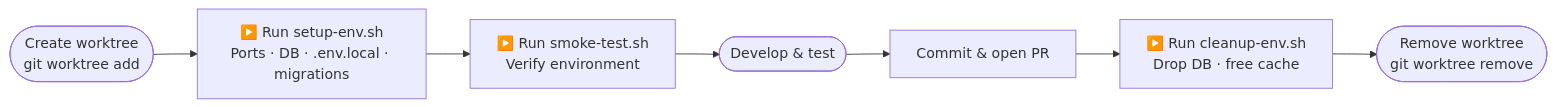
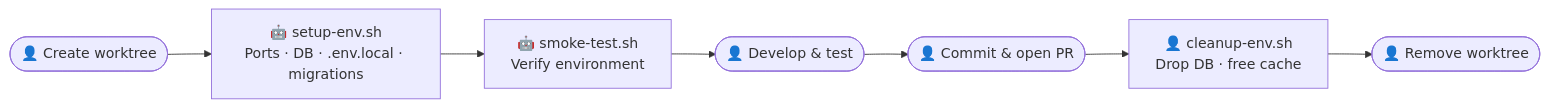
The second of 2 diagrams in plugins/project/setup-isolated-env/README.md (joel611/claude-plugins), drawn with Mermaid before and after one commit. The commit also changed other lines of this file, not shown here.

Commit message:
docs(setup-isolated-env): rewrite README with cleaner wording and skill step highlights

````diff
--- a/plugins/project/setup-isolated-env/README.md
+++ b/plugins/project/setup-isolated-env/README.md
@@ -77,12 +68,10 @@
 ```mermaid
 flowchart LR
-    A([Create worktree\ngit worktree add]) --> B
-
-    B["▶️ Run setup-env.sh\nPorts · DB · .env.local · migrations"]
-    B --> C["▶️ Run smoke-test.sh\nVerify environment"]
-    C --> D([Develop & test])
-    D --> E[Commit & open PR]
-    E --> F["▶️ Run cleanup-env.sh\nDrop DB · free cache"]
-    F --> G([Remove worktree\ngit worktree remove])
-
+    A([👤 Create worktree]) --> B
+    B["🤖 setup-env.sh\nPorts · DB · .env.local · migrations"] --> C
+    C["🤖 smoke-test.sh\nVerify environment"] --> D
+    D([👤 Develop & test]) --> E
+    E([👤 Commit & open PR]) --> F
+    F["👤 cleanup-env.sh\nDrop DB · free cache"] --> G
+    G([👤 Remove worktree])
 ```
````
